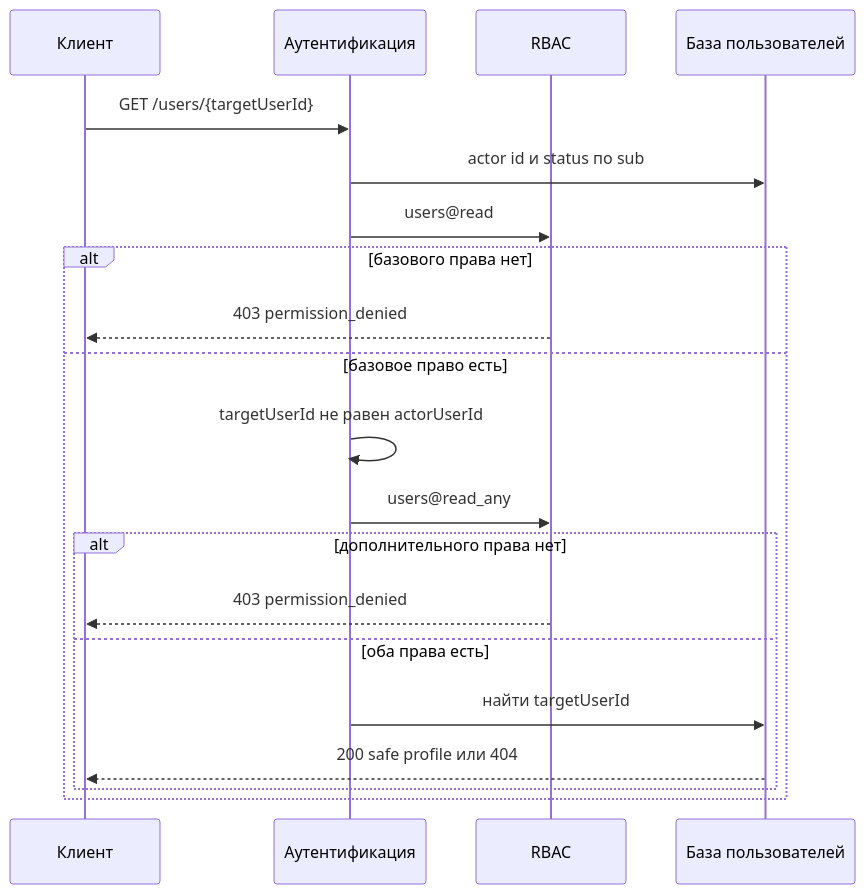
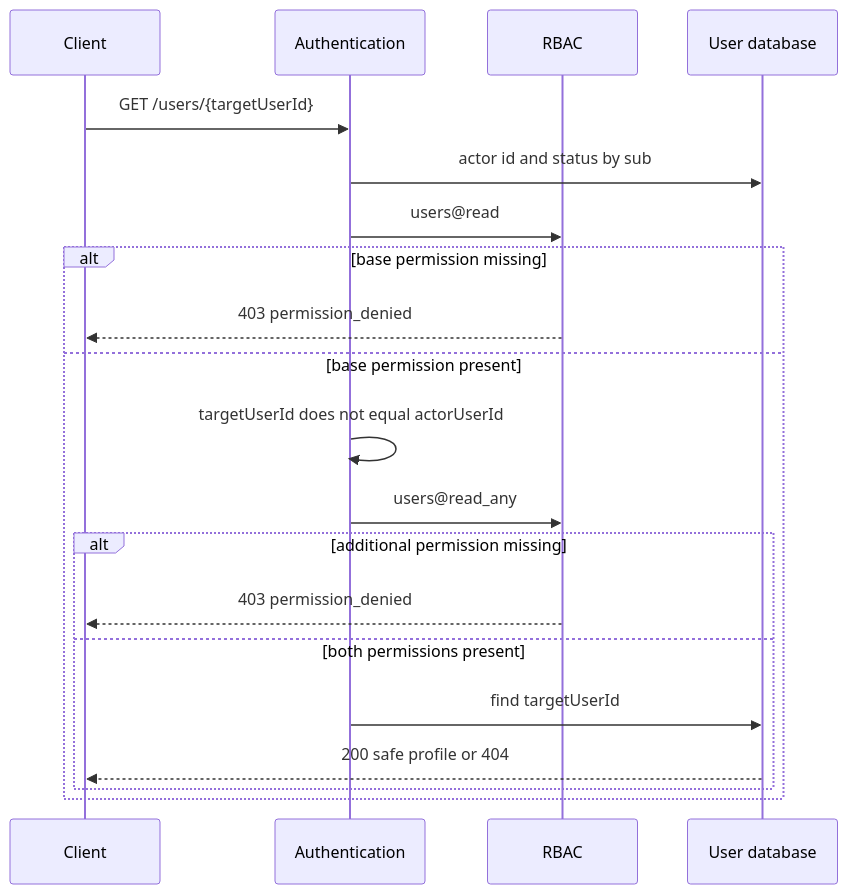
One commit to pavel-skripko-innowise/inno-fe-be-a1 changed the second of 3 diagrams in courses-content/backend/A/1/en/2.1.4 Просмотр данных пользователя.md. Above: the diagram before and after it, drawn with Mermaid. The commit also changed other lines of this file and 35 other files, not shown here.

````diff
--- a/courses-content/backend/A/1/en/2.1.4 Просмотр данных пользователя.md
+++ b/courses-content/backend/A/1/en/2.1.4 Просмотр данных пользователя.md
@@ -53,22 +53,22 @@
 ```mermaid
 sequenceDiagram
-  participant C as Клиент
-  participant A as Аутентификация
+  participant C as Client
+  participant A as Authentication
   participant R as RBAC
-  participant D as База пользователей
+  participant D as User database
   C->>A: GET /users/{targetUserId}
-  A->>D: actor id и status по sub
+  A->>D: actor id and status by sub
   A->>R: users@read
-  alt базового права нет
+  alt base permission missing
     R-->>C: 403 permission_denied
-  else базовое право есть
-    A->>A: targetUserId не равен actorUserId
+  else base permission present
+    A->>A: targetUserId does not equal actorUserId
     A->>R: users@read_any
-    alt дополнительного права нет
+    alt additional permission missing
       R-->>C: 403 permission_denied
-    else оба права есть
-      A->>D: найти targetUserId
-      D-->>C: 200 safe profile или 404
+    else both permissions present
+      A->>D: find targetUserId
+      D-->>C: 200 safe profile or 404
     end
   end
 ```
````
